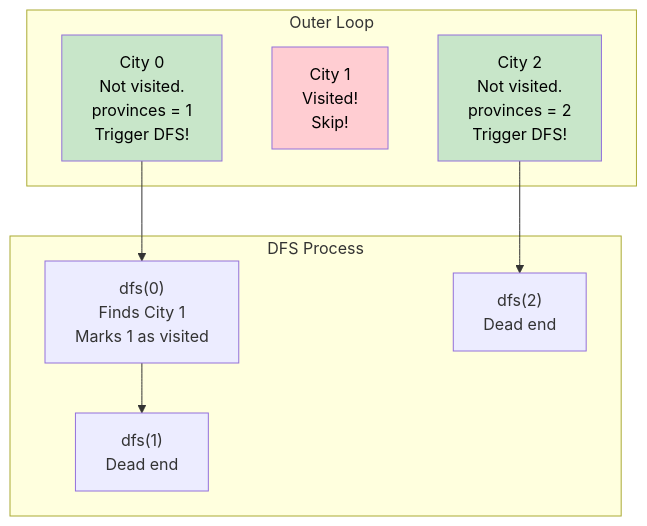
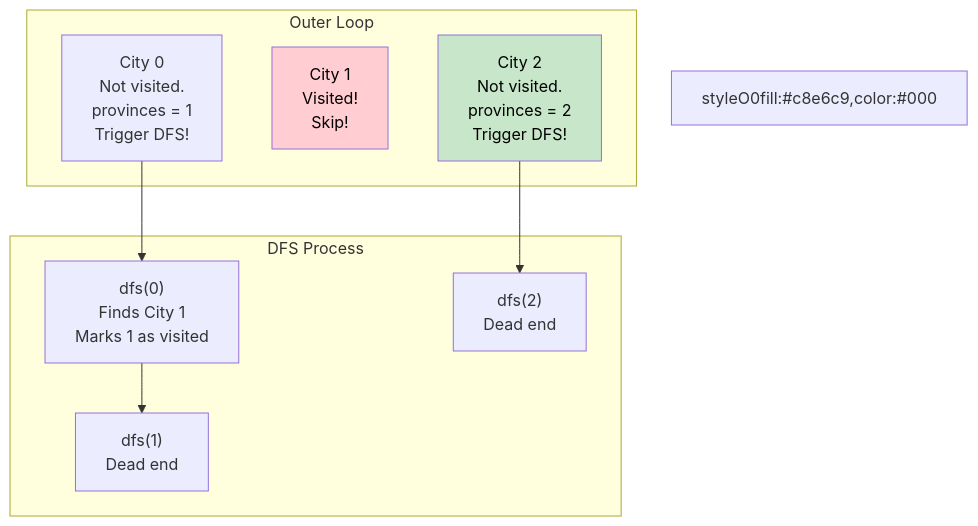
Before and after one commit to vadde/DSA: the diagram in 13 - Graphs/problem_01_number_of_provinces_walkthrough.md, drawn with Mermaid. The commit also changed 245 other files, not shown here.

First line of the commit message:
fix: Forensic fix of all Mermaid rendering issues across entire DSA repo + add pre-commit validation infrastructure

````diff
--- a/13 - Graphs/problem_01_number_of_provinces_walkthrough.md
+++ b/13 - Graphs/problem_01_number_of_provinces_walkthrough.md
@@ -82,24 +82,24 @@
 ```mermaid
 flowchart TD
-    subgraph Outer Loop
+    subgraph OuterLoop [Outer Loop]
         O0["City 0\nNot visited.\nprovinces = 1\nTrigger DFS!"]
         O1["City 1\nVisited!\nSkip!"]
         O2["City 2\nNot visited.\nprovinces = 2\nTrigger DFS!"]
     end
     
-    subgraph DFS Process
+    subgraph DFSProcess [DFS Process]
         D0["dfs(0)\nFinds City 1\nMarks 1 as visited"]
         D1["dfs(1)\nDead end"]
         
         D2["dfs(2)\nDead end"]
     end
-    
-    O0 --> D0
-    D0 --> D1
+
+O0 --> D0
+D0 --> D1
     
     O2 --> D2
-    
-    style O0 fill:#c8e6c9,color:#000
+
+styleO0fill:#c8e6c9,color:#000
     style O1 fill:#ffcdd2,color:#000
     style O2 fill:#c8e6c9,color:#000
 ```
````
